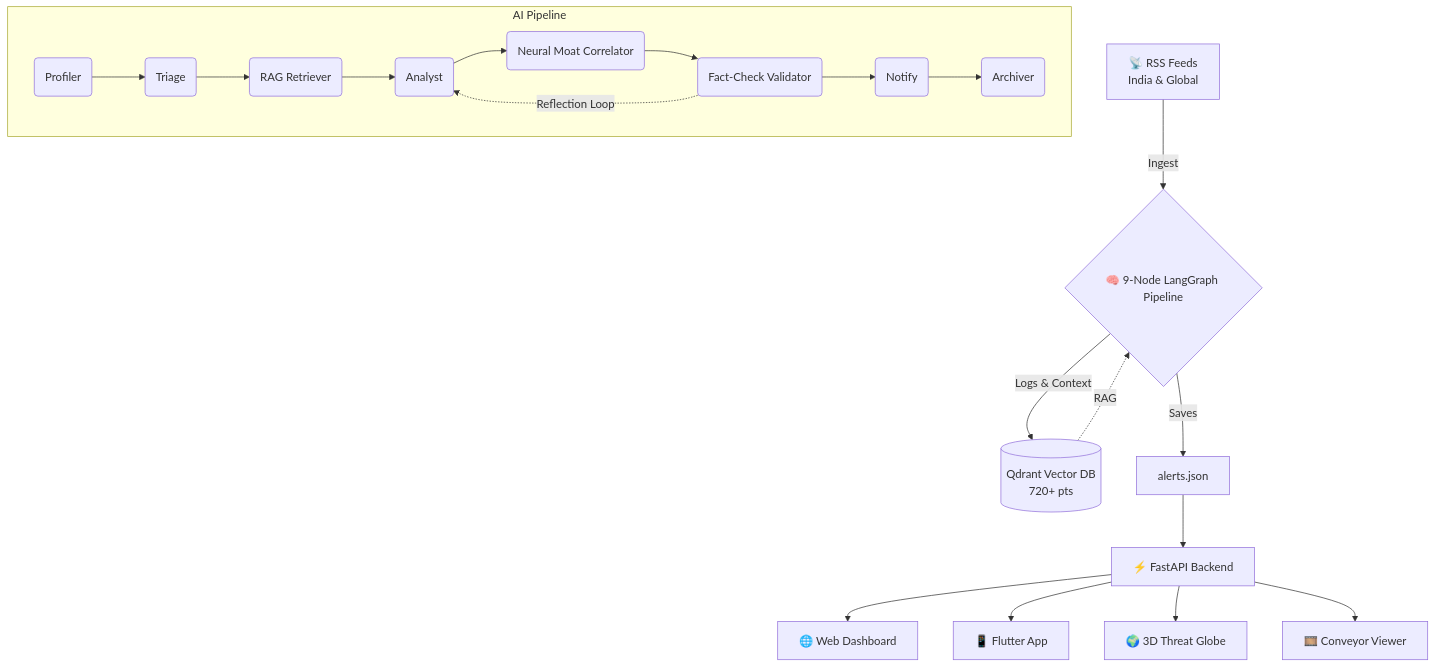
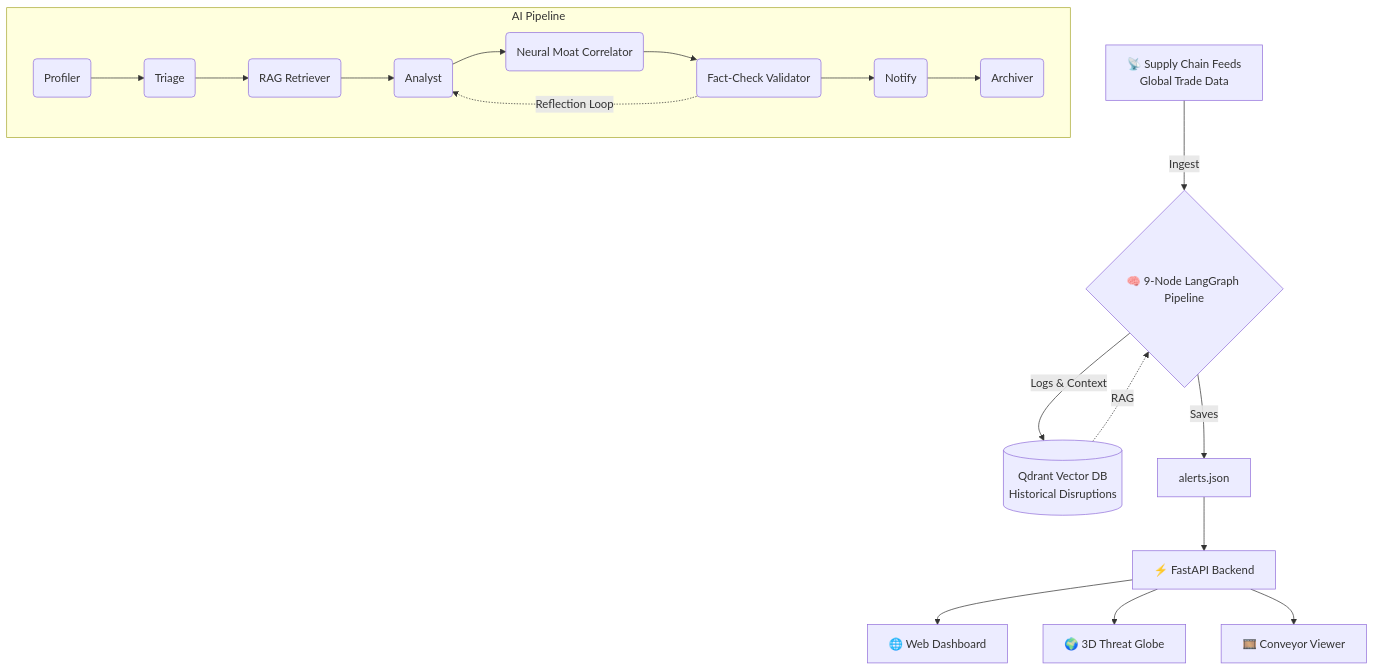
The diagram in README.md (pranavmacha/Google-Solution-Challenge), drawn with Mermaid before and after one commit. The commit also changed other lines of this file and 6 other files, not shown here.

````diff
--- a/README.md
+++ b/README.md
@@ -42,25 +39,24 @@
 ```mermaid
 graph TD
-    A[📡 RSS Feeds<br>India & Global] -->|Ingest| B{🧠 9-Node LangGraph Pipeline}
+    A[📡 Supply Chain Feeds<br>Global Trade Data] -->|Ingest| B{🧠 9-Node LangGraph Pipeline}
     
     subgraph AI Pipeline
     B1(Profiler) --> B2(Triage)
     B2 --> B3(RAG Retriever)
     B3 --> B4(Analyst)
     B4 --> B5(Neural Moat Correlator)
     B5 --> B6(Fact-Check Validator)
     B6 -.->|Reflection Loop| B4
     B6 --> B7(Notify)
     B7 --> B8(Archiver)
     end
     
-    B -->|Logs & Context| C[(Qdrant Vector DB<br>720+ pts)]
+    B -->|Logs & Context| C[(Qdrant Vector DB<br>Historical Disruptions)]
     C -.->|RAG| B
     B -->|Saves| D[alerts.json]
     
     D --> E[⚡ FastAPI Backend]
     E --> F[🌐 Web Dashboard]
-    E --> G[📱 Flutter App]
     E --> H[🌍 3D Threat Globe]
     E --> I[🎞️ Conveyor Viewer]
 ```
````
